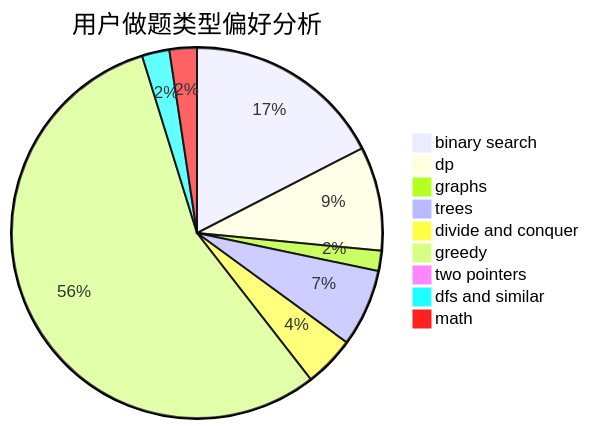
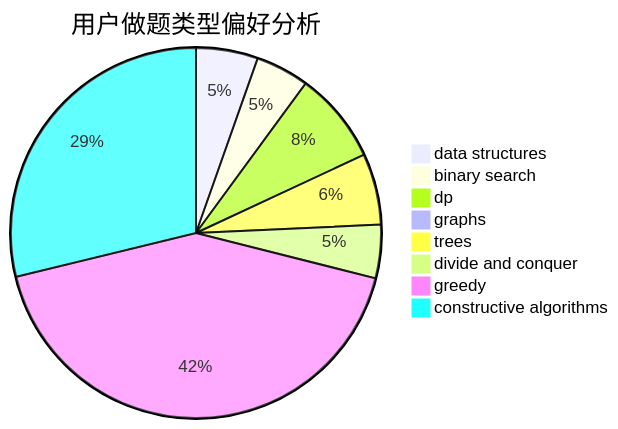
The second of 3 diagrams in docs/user/u500.md (sherpahu/cfrs.github.io), drawn with Mermaid before and after one commit. The commit also changed other lines of this file and 2775 other files, not shown here.

````diff
--- a/docs/user/u500.md
+++ b/docs/user/u500.md
@@ -23,12 +23,11 @@
 ```mermaid
 pie title 用户做题类型偏好分析
-    "binary search" :  248
-    "dp" :  129
-    "graphs" :  25
-    "trees" :  96
+    "data structures" :  73
+    "binary search" :  63
+    "dp" :  108
+    "graphs" :  11
+    "trees" :  84
     "divide and conquer" :  63
-    "greedy" :  792
-    "two pointers" :  4
-    "dfs and similar" :  34
-    "math" :  34
+    "greedy" :  571
+    "constructive algorithms" :  389
 ```
````
